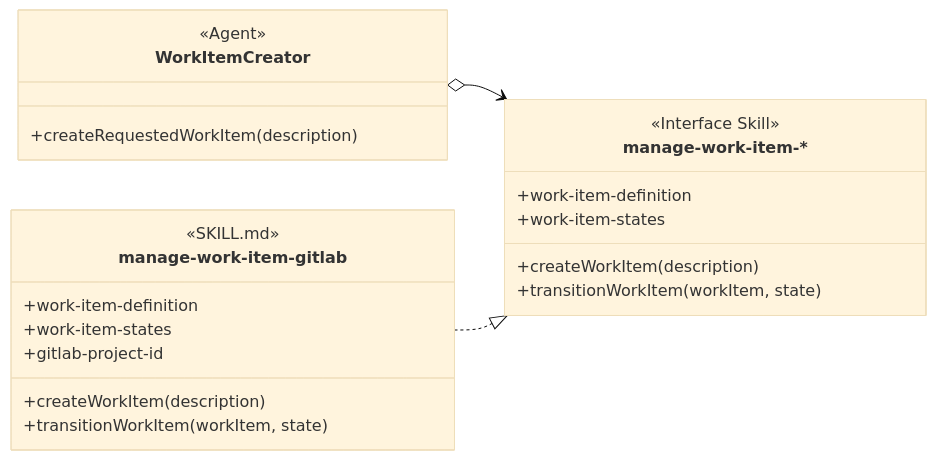
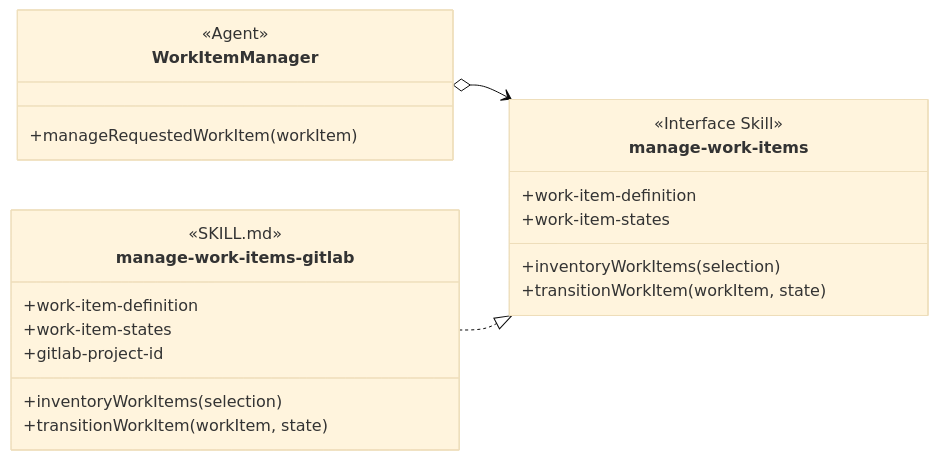
One commit to martinbechard/dev-methodology changed diagram 13 of 16 in design/object-oriented-agent-and-skill-model.md. Above: the diagram before and after it, drawn with Mermaid (base theme). The commit also changed other lines of this file and 60 other files, not shown here.

First line of the commit message:
Integrate work item management provider naming

````diff
--- a/design/object-oriented-agent-and-skill-model.md
+++ b/design/object-oriented-agent-and-skill-model.md
@@ -600,30 +600,30 @@
 ```mermaid
 classDiagram
     direction LR
 
-    class WorkItemCreator {
+    class WorkItemManager {
         <<Agent>>
-        +createRequestedWorkItem(description)
+        +manageRequestedWorkItem(workItem)
     }
 
-    class manage-work-item["manage-work-item-*"] {
+    class manage-work-items["manage-work-items"] {
         <<Interface Skill>>
         +work-item-definition
         +work-item-states
-        +createWorkItem(description)
+        +inventoryWorkItems(selection)
         +transitionWorkItem(workItem, state)
     }
 
-    class manage-work-item-gitlab {
+    class manage-work-items-gitlab {
         <<SKILL.md>>
         <<Implementation Skill>>
         +work-item-definition
         +work-item-states
         +gitlab-project-id
-        +createWorkItem(description)
+        +inventoryWorkItems(selection)
         +transitionWorkItem(workItem, state)
     }
 
-    WorkItemCreator o--> manage-work-item
-    manage-work-item-gitlab ..|> manage-work-item
+    WorkItemManager o--> manage-work-items
+    manage-work-items-gitlab ..|> manage-work-items
 ```
````
